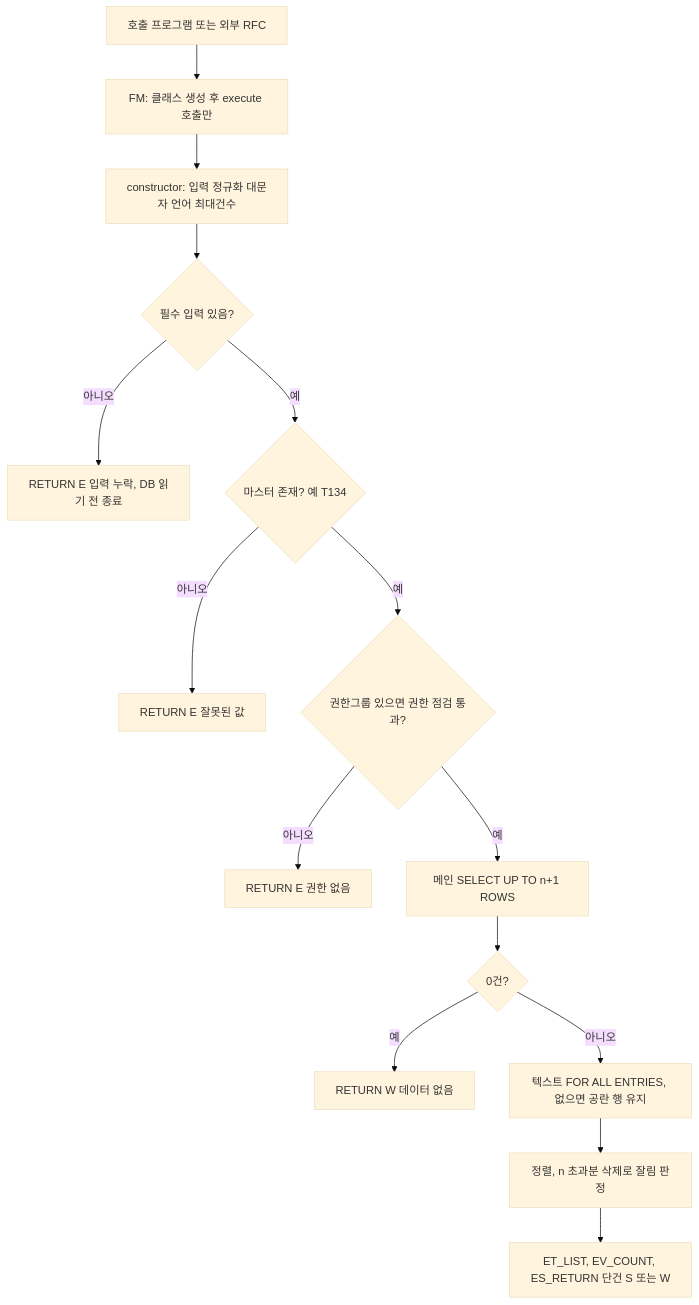
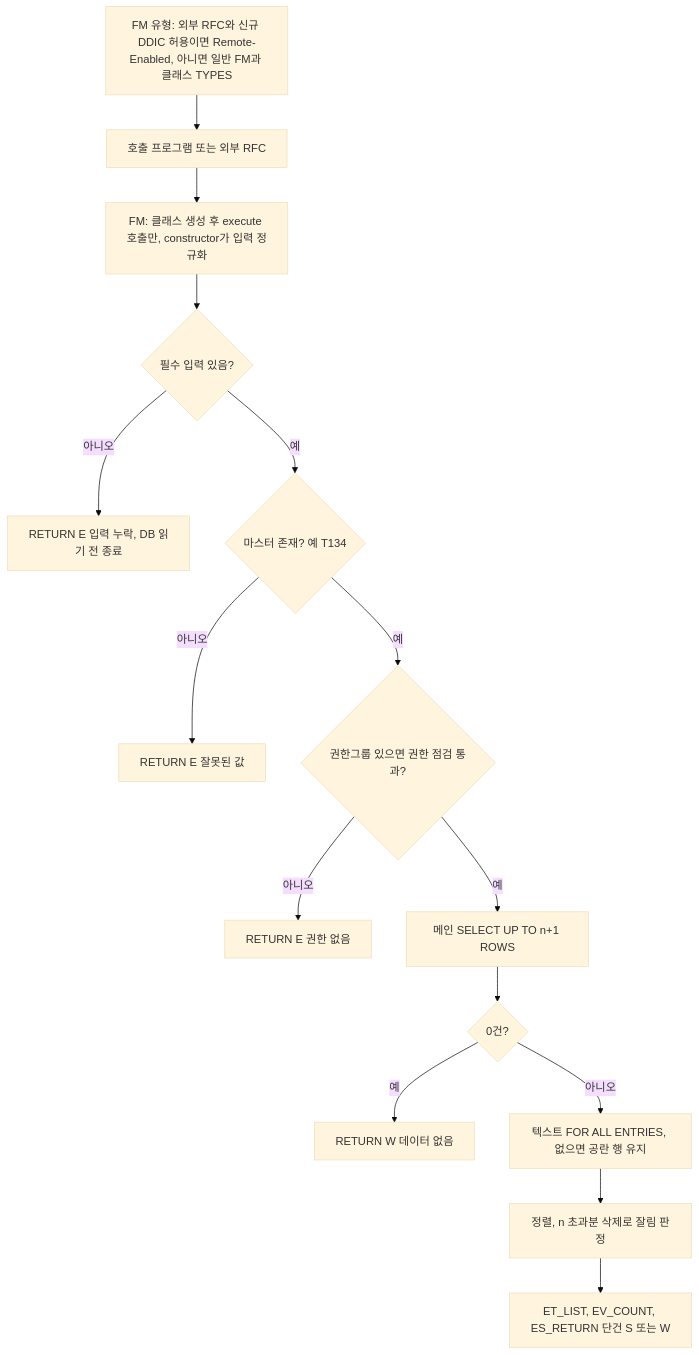
One commit to sunguphong/devsap changed the diagram in wiki/RFC 조회 함수 모듈 설계 패턴.md. Above: the diagram before and after it, drawn with Mermaid (base theme). The commit also changed other lines of this file and 20 other files, not shown here.

````diff
--- a/wiki/RFC 조회 함수 모듈 설계 패턴.md
+++ b/wiki/RFC 조회 함수 모듈 설계 패턴.md
@@ -7,17 +7,17 @@
 ```mermaid
 flowchart TD
-  C1["호출 프로그램 또는 외부 RFC"] --> FM["FM: 클래스 생성 후 execute 호출만"]
-  FM --> N1["constructor: 입력 정규화 대문자 언어 최대건수"]
-  N1 --> G1{"필수 입력 있음?"}
+  T0["FM 유형: 외부 RFC와 신규 DDIC 허용이면 Remote-Enabled, 아니면 일반 FM과 클래스 TYPES"] --> C1["호출 프로그램 또는 외부 RFC"]
+  C1 --> FM["FM: 클래스 생성 후 execute 호출만, constructor가 입력 정규화"]
+  FM --> G1{"필수 입력 있음?"}
   G1 -->|아니오| E1["RETURN E 입력 누락, DB 읽기 전 종료"]
   G1 -->|예| V1{"마스터 존재? 예 T134"}
   V1 -->|아니오| E2["RETURN E 잘못된 값"]
   V1 -->|예| A1{"권한그룹 있으면 권한 점검 통과?"}
   A1 -->|아니오| E3["RETURN E 권한 없음"]
   A1 -->|예| S1["메인 SELECT UP TO n+1 ROWS"]
   S1 --> D1{"0건?"}
   D1 -->|예| W1["RETURN W 데이터 없음"]
   D1 -->|아니오| S2["텍스트 FOR ALL ENTRIES, 없으면 공란 행 유지"]
   S2 --> S3["정렬, n 초과분 삭제로 잘림 판정"]
   S3 --> R1["ET_LIST, EV_COUNT, ES_RETURN 단건 S 또는 W"]
 ```
````
